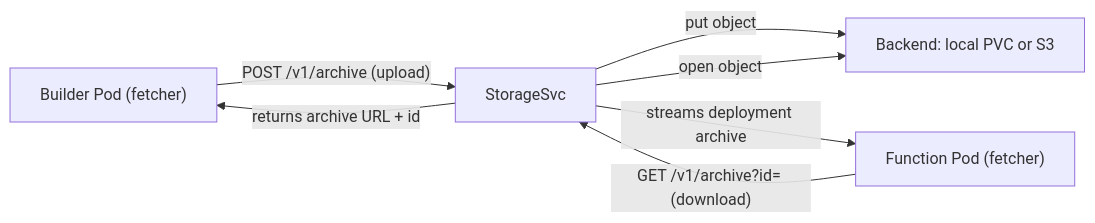
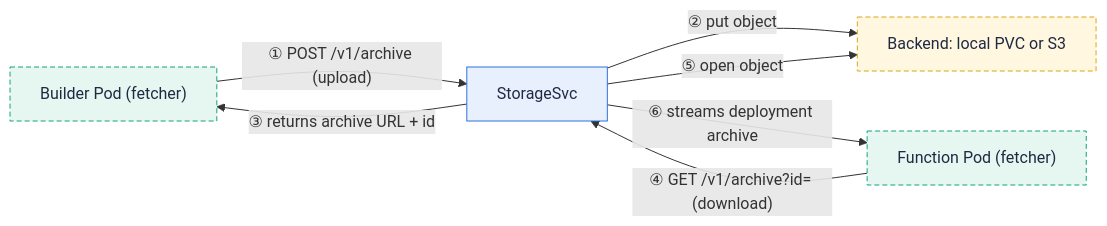
Before and after one commit to fission/fission.io: the diagram in content/en/docs/architecture/storagesvc.md, drawn with Mermaid. The commit also changed 30 other files, not shown here.

First line of the commit message:
Address PR feedback: zoomable diagrams, multi-color kit, centering, preview links

````diff
--- a/content/en/docs/architecture/storagesvc.md
+++ b/content/en/docs/architecture/storagesvc.md
@@ -32,9 +32,12 @@
 ```mermaid
 flowchart LR
-  builder["Builder Pod (fetcher)"] -->|"POST /v1/archive (upload)"| ss["StorageSvc"]
-  ss -->|"put object"| backend["Backend: local PVC or S3"]
-  ss -->|"returns archive URL + id"| builder
-  fnpod["Function Pod (fetcher)"] -->|"GET /v1/archive?id= (download)"| ss
-  ss -->|"open object"| backend
-  ss -->|"streams deployment archive"| fnpod
+  builder["Builder Pod (fetcher)"]:::pod -->|"① POST /v1/archive (upload)"| ss["StorageSvc"]:::fission
+  ss -->|"② put object"| backend["Backend: local PVC or S3"]:::store
+  ss -->|"③ returns archive URL + id"| builder
+  fnpod["Function Pod (fetcher)"]:::pod -->|"④ GET /v1/archive?id= (download)"| ss
+  ss -->|"⑤ open object"| backend
+  ss -->|"⑥ streams deployment archive"| fnpod
+  classDef fission fill:#e8f0fe,stroke:#2d70de,color:#1f2a43
+  classDef pod fill:#e6f7f1,stroke:#11a37f,color:#1f2a43,stroke-dasharray:5 3
+  classDef store fill:#fff7e0,stroke:#dba514,color:#1f2a43,stroke-dasharray:5 3
 ```
````
